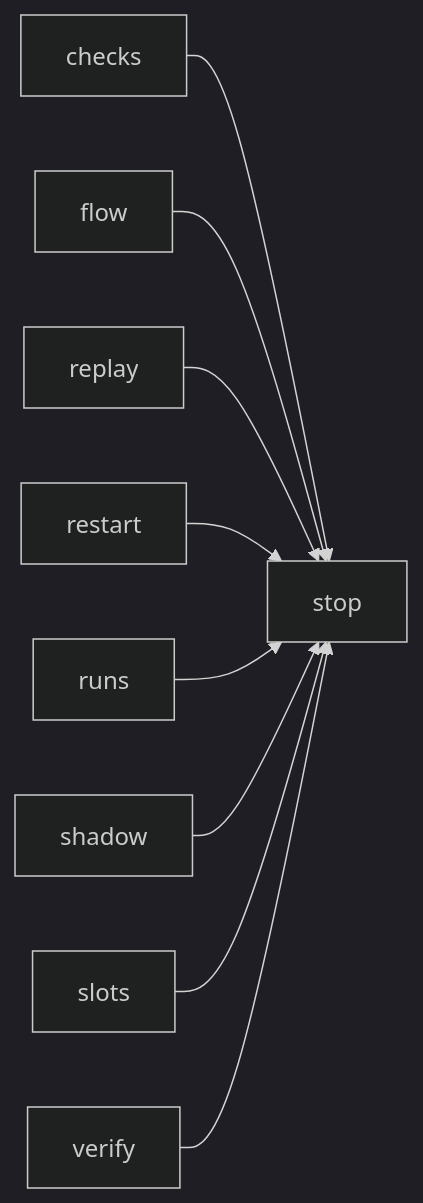
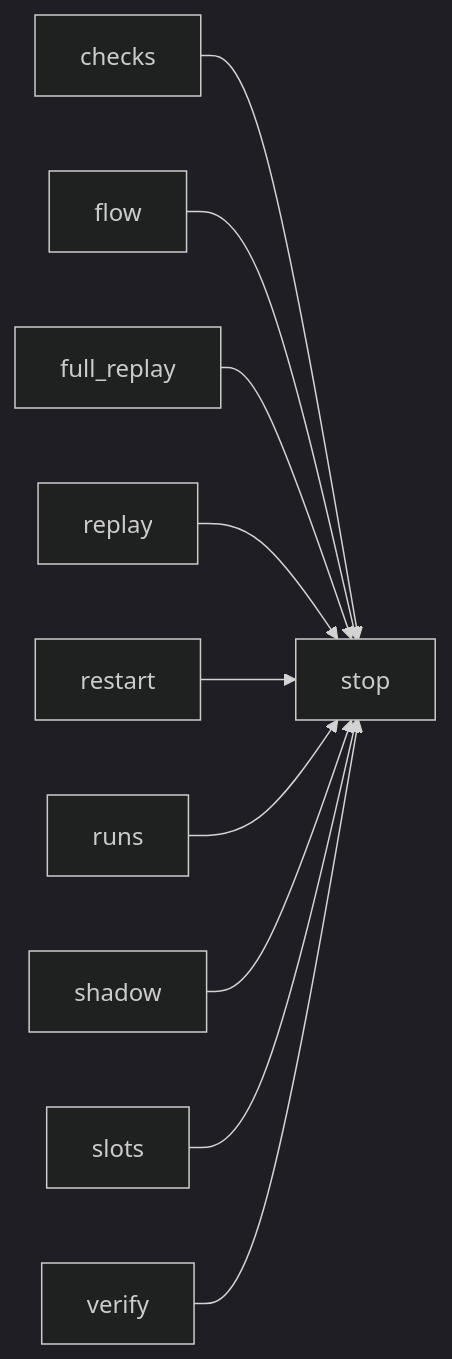
The second of 2 diagrams in docs/architecture/modules/stop.md (plaplanche/ariane), drawn with Mermaid (dark theme) before and after one commit. The commit also changed 41 other files, not shown here.

Commit message:
#186: Sampled full replay, escapes and escape rate in ariane report (C9, C19)

````diff
--- a/docs/architecture/modules/stop.md
+++ b/docs/architecture/modules/stop.md
@@ -39,11 +39,12 @@
 ```mermaid
 flowchart LR
   checks --> stop
   flow --> stop
+  full_replay --> stop
   replay --> stop
   restart --> stop
   runs --> stop
   shadow --> stop
   slots --> stop
   verify --> stop
 ```
````
